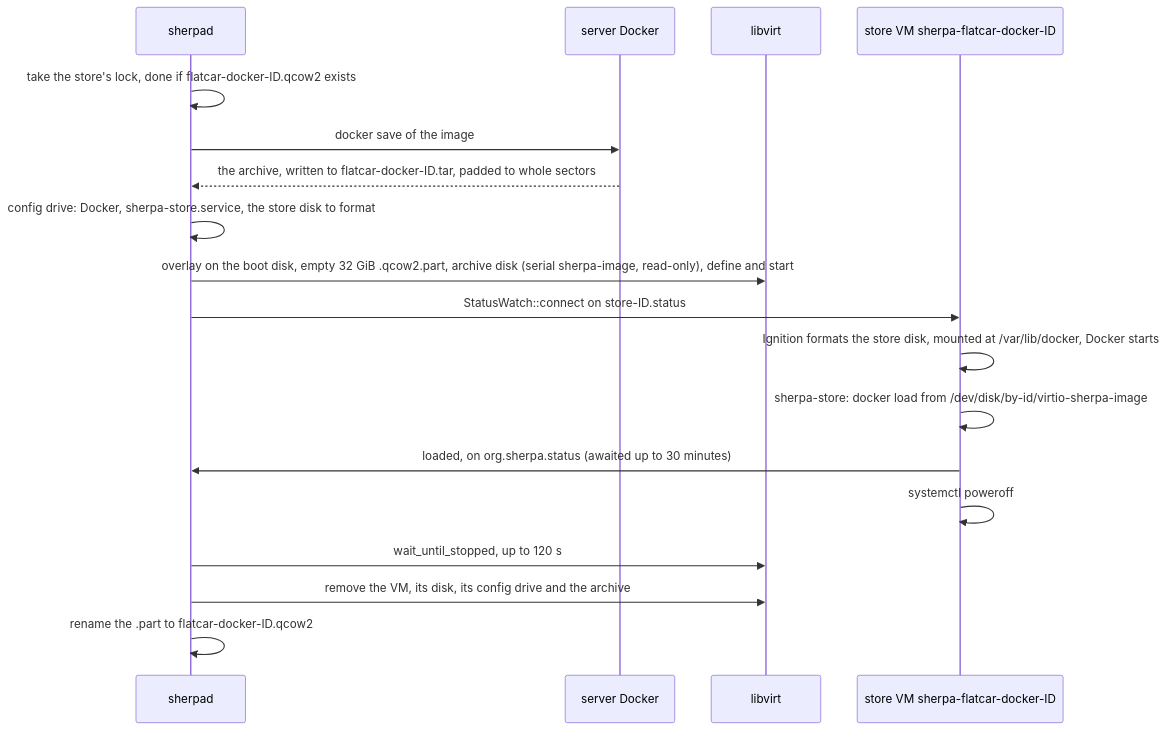
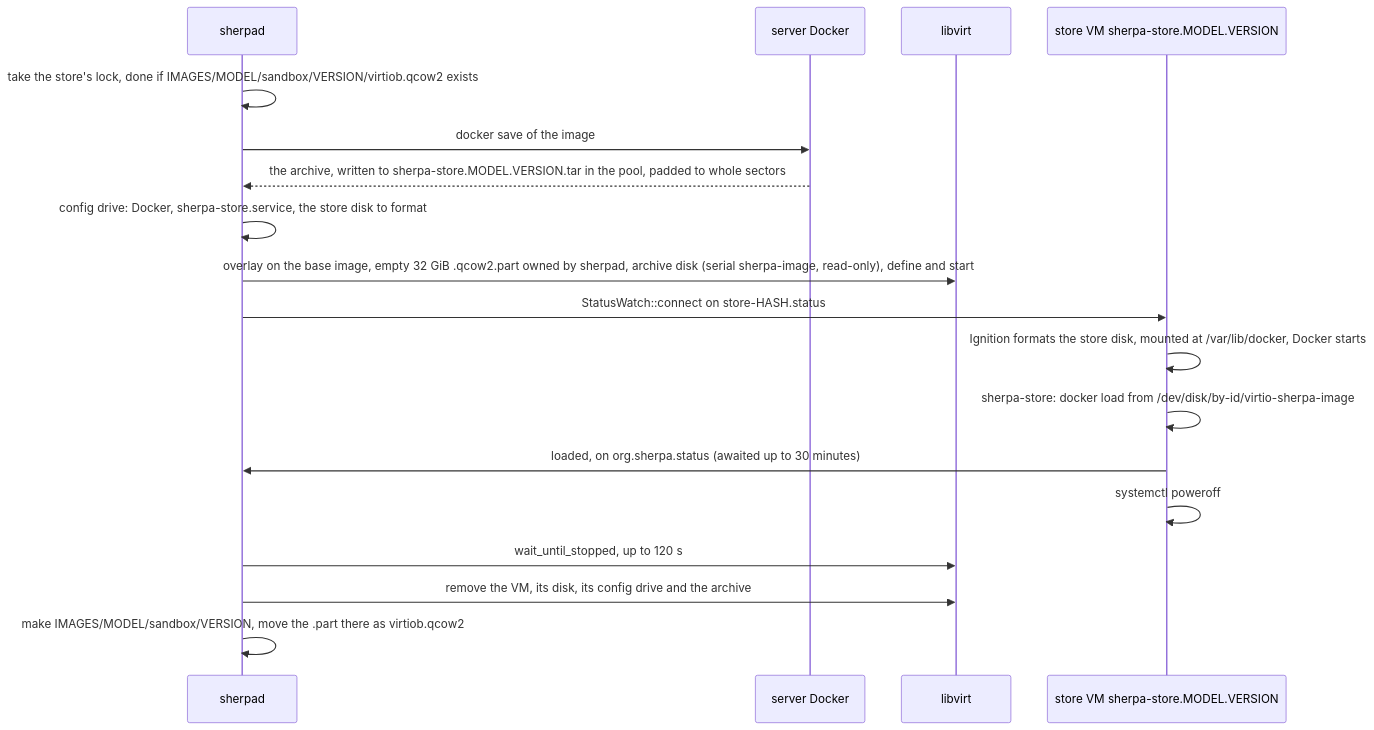
The third of 5 diagrams in docs/architecture/SANDBOX.md (bwks/sherpa), drawn with Mermaid before and after one commit. The commit also changed other lines of this file and 2 other files, not shown here.

First line of the commit message:
docs(sandbox): no boot disk, Docker stores in the images folder (#683)

````diff
--- a/docs/architecture/SANDBOX.md
+++ b/docs/architecture/SANDBOX.md
@@ -275,20 +225,20 @@
 ```mermaid
 sequenceDiagram
   participant S as sherpad
   participant D as server Docker
   participant L as libvirt
-  participant V as store VM sherpa-flatcar-docker-ID
-  S->>S: take the store's lock, done if flatcar-docker-ID.qcow2 exists
+  participant V as store VM sherpa-store.MODEL.VERSION
+  S->>S: take the store's lock, done if IMAGES/MODEL/sandbox/VERSION/virtiob.qcow2 exists
   S->>D: docker save of the image
-  D-->>S: the archive, written to flatcar-docker-ID.tar, padded to whole sectors
+  D-->>S: the archive, written to sherpa-store.MODEL.VERSION.tar in the pool, padded to whole sectors
   S->>S: config drive: Docker, sherpa-store.service, the store disk to format
-  S->>L: overlay on the boot disk, empty 32 GiB .qcow2.part, archive disk (serial sherpa-image, read-only), define and start
-  S->>V: StatusWatch::connect on store-ID.status
+  S->>L: overlay on the base image, empty 32 GiB .qcow2.part owned by sherpad, archive disk (serial sherpa-image, read-only), define and start
+  S->>V: StatusWatch::connect on store-HASH.status
   V->>V: Ignition formats the store disk, mounted at /var/lib/docker, Docker starts
   V->>V: sherpa-store: docker load from /dev/disk/by-id/virtio-sherpa-image
   V->>S: loaded, on org.sherpa.status (awaited up to 30 minutes)
   V->>V: systemctl poweroff
   S->>L: wait_until_stopped, up to 120 s
   S->>L: remove the VM, its disk, its config drive and the archive
-  S->>S: rename the .part to flatcar-docker-ID.qcow2
+  S->>S: make IMAGES/MODEL/sandbox/VERSION, move the .part there as virtiob.qcow2
 ```
````
